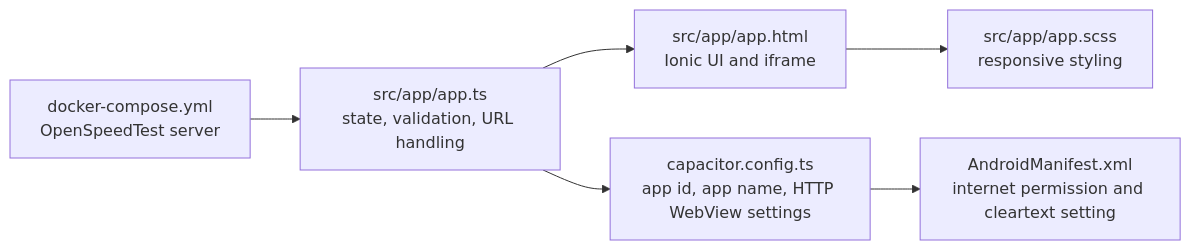
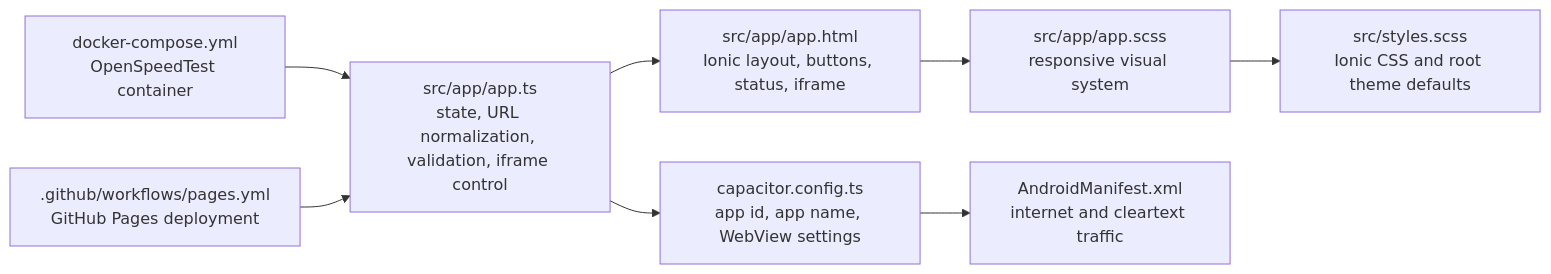
The second of 10 diagrams in docs/DOCUMENTATION.md (rgalor-ca/openspeedtest-ftap-poc), drawn with Mermaid before and after one commit. The commit also changed other lines of this file and 5 other files, not shown here.

````diff
--- a/docs/DOCUMENTATION.md
+++ b/docs/DOCUMENTATION.md
@@ -65,15 +78,19 @@
 ```mermaid
 flowchart LR
-  AppTs["src/app/app.ts<br/>state, validation, URL handling"]
-  AppHtml["src/app/app.html<br/>Ionic UI and iframe"]
-  AppScss["src/app/app.scss<br/>responsive styling"]
-  CapConfig["capacitor.config.ts<br/>app id, app name, HTTP WebView settings"]
-  Manifest["AndroidManifest.xml<br/>internet permission and cleartext setting"]
-  DockerCompose["docker-compose.yml<br/>OpenSpeedTest server"]
+  AppTs["src/app/app.ts<br>state, URL normalization, validation, iframe control"]
+  AppHtml["src/app/app.html<br>Ionic layout, buttons, status, iframe"]
+  AppScss["src/app/app.scss<br>responsive visual system"]
+  Styles["src/styles.scss<br>Ionic CSS and root theme defaults"]
+  Cap["capacitor.config.ts<br>app id, app name, WebView settings"]
+  Manifest["AndroidManifest.xml<br>internet and cleartext traffic"]
+  Compose["docker-compose.yml<br>OpenSpeedTest container"]
+  Pages[".github/workflows/pages.yml<br>GitHub Pages deployment"]
 
   AppTs --> AppHtml
   AppHtml --> AppScss
-  AppTs --> CapConfig
-  CapConfig --> Manifest
-  DockerCompose --> AppTs
+  AppScss --> Styles
+  AppTs --> Cap
+  Cap --> Manifest
+  Compose --> AppTs
+  Pages --> AppTs
 ```
````
